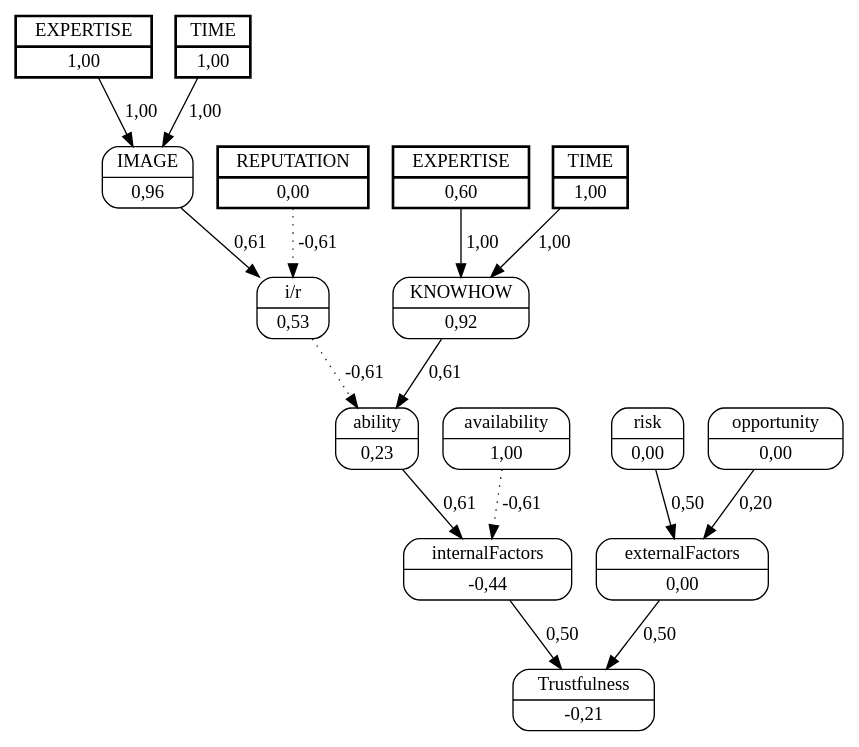
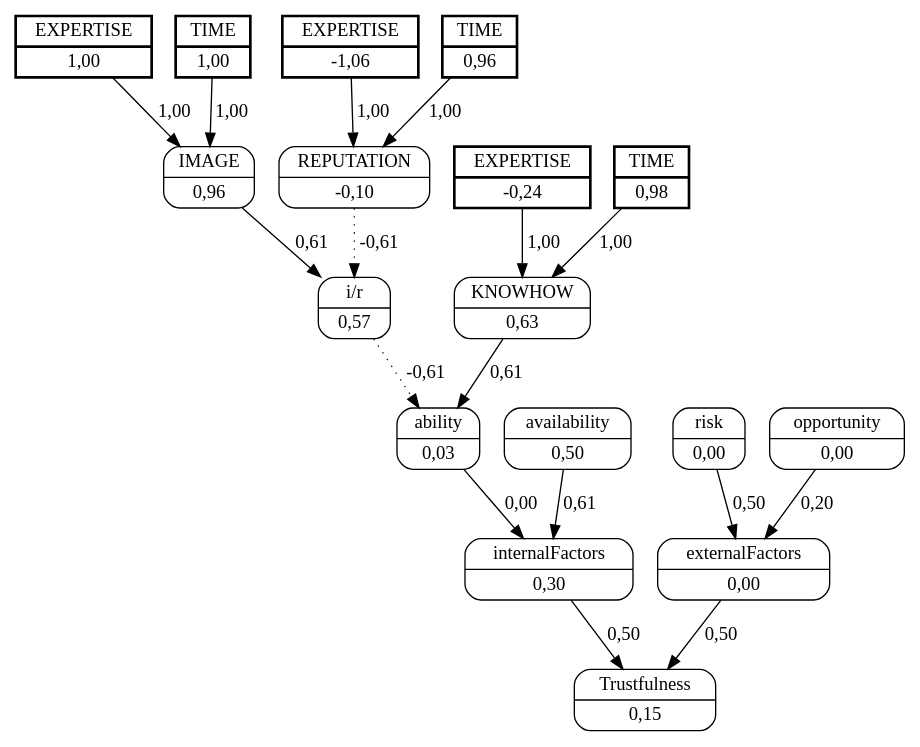
One commit to jjbaqueta/unload_experiment changed the diagram in unload_boxes/dots/truck_7worker_2.dot. Above: the diagram before and after it, drawn with Graphviz. The commit also changed 92 other files, not shown here.

```diff
--- a/unload_boxes/dots/truck_7worker_2.dot
+++ b/unload_boxes/dots/truck_7worker_2.dot
@@ -1,34 +1,38 @@
 digraph FCM_net{
 	node [shape=record, style=rounded]
 	11 [label="{EXPERTISE | 1,00}", style=bold, penwidth=2, peripheries=2];
 	12 [label="{TIME | 1,00}", style=bold, penwidth=2, peripheries=2];
-	1 [label="{REPUTATION | 0,00}", style=bold, penwidth=2, peripheries=2];
-	13 [label="{EXPERTISE | 0,60}", style=bold, penwidth=2, peripheries=2];
-	14 [label="{TIME | 1,00}", style=bold, penwidth=2, peripheries=2];
+	13 [label="{EXPERTISE | -1,06}", style=bold, penwidth=2, peripheries=2];
+	14 [label="{TIME | 0,96}", style=bold, penwidth=2, peripheries=2];
+	15 [label="{EXPERTISE | -0,24}", style=bold, penwidth=2, peripheries=2];
+	16 [label="{TIME | 0,98}", style=bold, penwidth=2, peripheries=2];
 	0 [label="{IMAGE | 0,96}"];
-	1 [label="{REPUTATION | 0,00}"];
-	2 [label="{KNOWHOW | 0,92}"];
-	3 [label="{i/r | 0,53}"];
-	4 [label="{ability | 0,23}"];
-	5 [label="{availability | 1,00}"];
-	6 [label="{internalFactors | -0,44}"];
+	1 [label="{REPUTATION | -0,10}"];
+	2 [label="{KNOWHOW | 0,63}"];
+	3 [label="{i/r | 0,57}"];
+	4 [label="{ability | 0,03}"];
+	5 [label="{availability | 0,50}"];
+	6 [label="{internalFactors | 0,30}"];
 	7 [label="{risk | 0,00}"];
 	8 [label="{opportunity | 0,00}"];
 	9 [label="{externalFactors | 0,00}"];
-	10 [label="{Trustfulness | -0,21}"];
+	10 [label="{Trustfulness | 0,15}"];
 	11 [label="{EXPERTISE | 1,00}"];
+	13 [label="{EXPERTISE | -1,06}"];
 	0 -> 3 [label = "0,61"];
 	1 -> 3 [label = "-0,61", style=dotted];
 	3 -> 4 [label = "-0,61", style=dotted];
 	2 -> 4 [label = "0,61"];
-	4 -> 6 [label = "0,61"];
-	5 -> 6 [label = "-0,61", style=dotted];
+	4 -> 6 [label = "0,00"];
+	5 -> 6 [label = "0,61"];
 	6 -> 10 [label = "0,50"];
 	7 -> 9 [label = "0,50"];
 	8 -> 9 [label = "0,20"];
 	9 -> 10 [label = "0,50"];
 	11 -> 0 [label = "1,00"];
 	12 -> 0 [label = "1,00"];
-	13 -> 2 [label = "1,00"];
-	14 -> 2 [label = "1,00"];
+	13 -> 1 [label = "1,00"];
+	14 -> 1 [label = "1,00"];
+	15 -> 2 [label = "1,00"];
+	16 -> 2 [label = "1,00"];
 }
```
